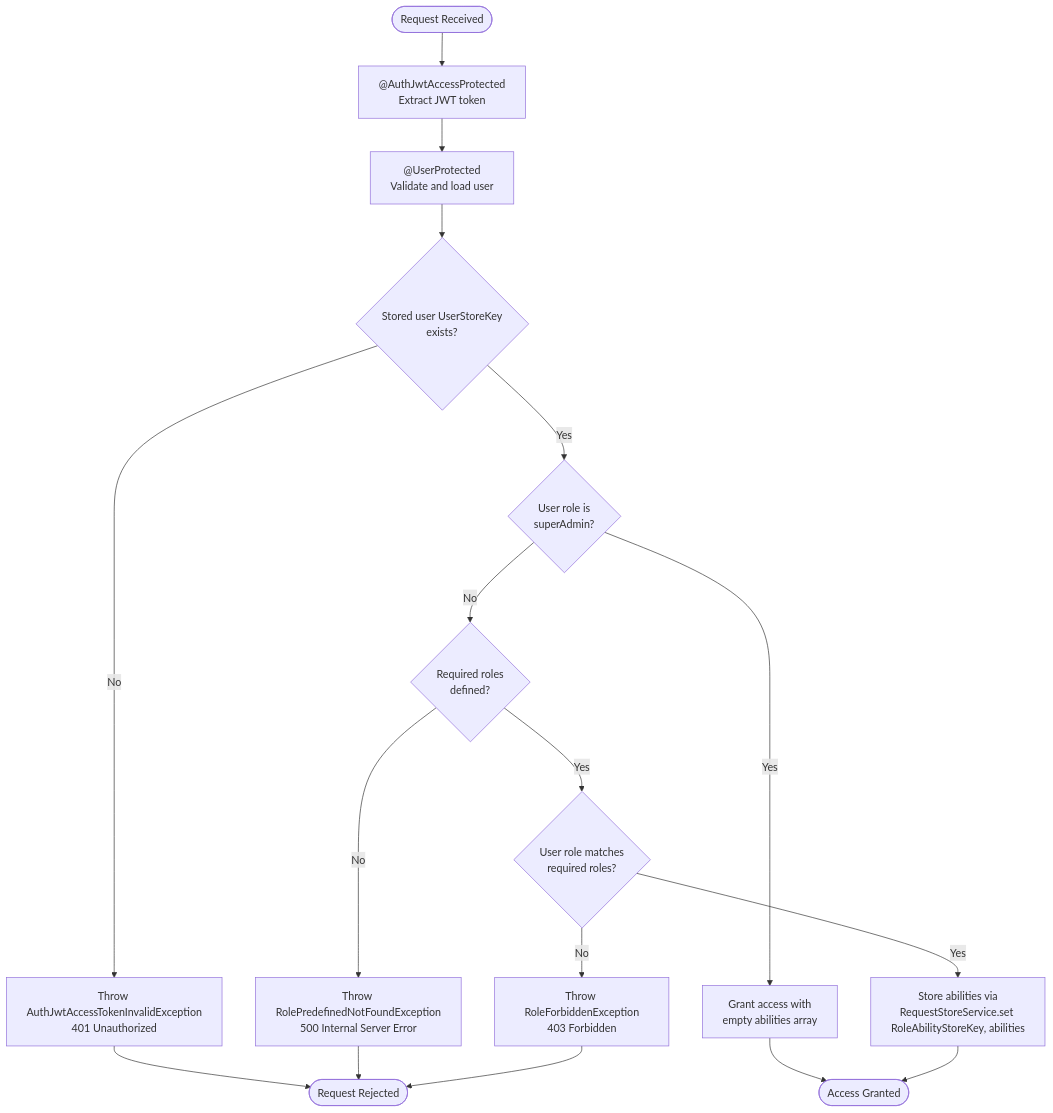
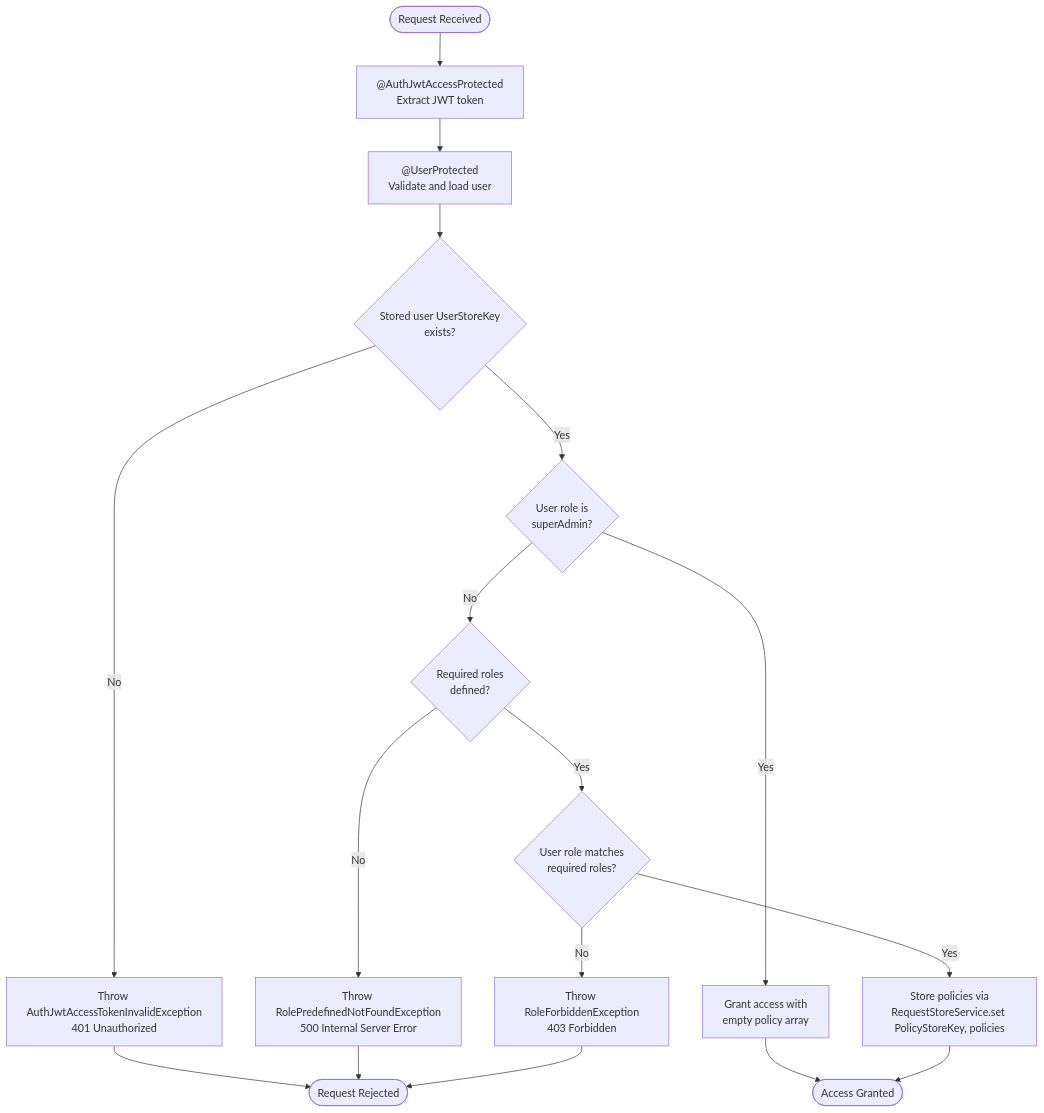
The second of 5 diagrams in docs/authorization.md (andrechristikan/ack-nestjs-boilerplate), drawn with Mermaid before and after one commit. The commit also changed other lines of this file and 56 other files, not shown here.

````diff
--- a/docs/authorization.md
+++ b/docs/authorization.md
@@ -286,25 +285,25 @@
 ```mermaid
 flowchart TD
     Start([Request Received]) --> JwtGuard[ @AuthJwtAccessProtected<br/>Extract JWT token]
     JwtGuard --> UserGuard[ @UserProtected<br/>Validate and load user]
     UserGuard --> CheckUser{Stored user UserStoreKey<br/>exists?}
     
     CheckUser -->|No| ErrorUser[Throw AuthJwtAccessTokenInvalidException<br/>401 Unauthorized]
     CheckUser -->|Yes| CheckSuperAdmin{User role is<br/>superAdmin?}
     
-    CheckSuperAdmin -->|Yes| GrantSuperAdmin[Grant access with<br/>empty abilities array]
+    CheckSuperAdmin -->|Yes| GrantSuperAdmin[Grant access with<br/>empty policy array]
     CheckSuperAdmin -->|No| CheckRequired{Required roles<br/>defined?}
     
     CheckRequired -->|No| ErrorPredefined[Throw RolePredefinedNotFoundException<br/>500 Internal Server Error]
     CheckRequired -->|Yes| CheckRoleMatch{User role matches<br/>required roles?}
     
     CheckRoleMatch -->|No| ErrorForbidden[Throw RoleForbiddenException<br/>403 Forbidden]
-    CheckRoleMatch -->|Yes| SetAbilities[Store abilities via<br/>RequestStoreService.set RoleAbilityStoreKey, abilities]
+    CheckRoleMatch -->|Yes| SetAbilities[Store policies via<br/>RequestStoreService.set PolicyStoreKey, policies]
     
     GrantSuperAdmin --> Success([Access Granted])
     SetAbilities --> Success
     
     ErrorUser --> End([Request Rejected])
     ErrorPredefined --> End
     ErrorForbidden --> End
 ```
````
